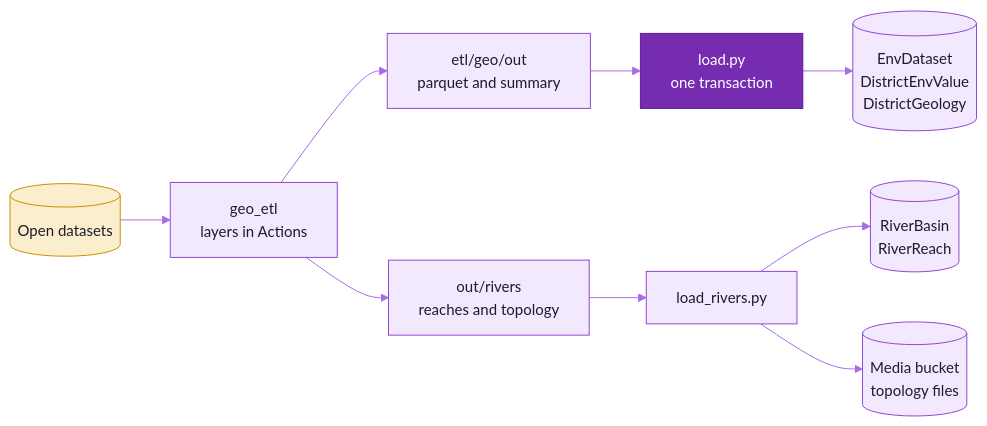
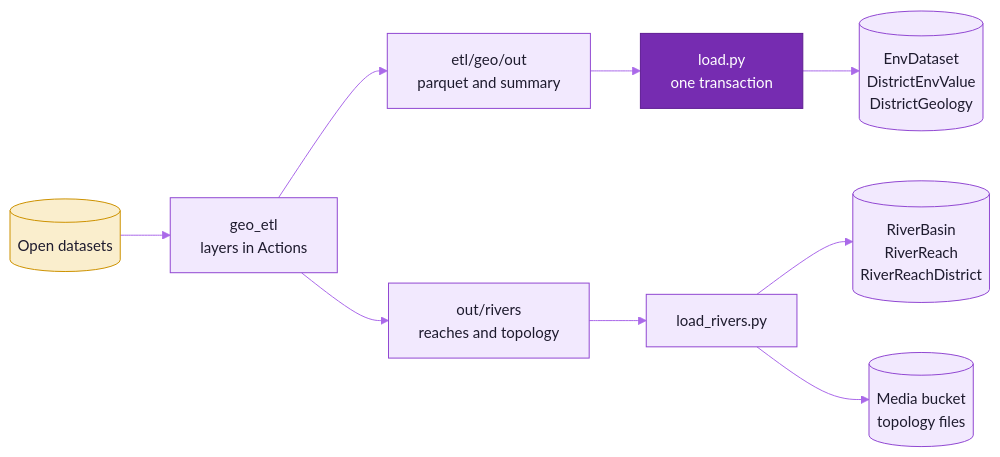
Before and after one commit to ankits1802/science-behind-craft: the diagram in docs/contracts/geo.md, drawn with Mermaid. The commit also changed other lines of this file and 164 other files, not shown here.

````diff
--- a/docs/contracts/geo.md
+++ b/docs/contracts/geo.md
@@ -11,16 +11,16 @@
 ```mermaid
 %%{init: {"theme":"base","fontFamily":"Inter, ui-sans-serif, system-ui, -apple-system, Segoe UI, Roboto, Helvetica, Arial, sans-serif","themeVariables":{"fontSize":"15px","primaryColor":"#F2E9FE","primaryTextColor":"#1E1B2E","primaryBorderColor":"#9148D2","secondaryColor":"#FAEECD","secondaryTextColor":"#1E1B2E","secondaryBorderColor":"#CD9200","tertiaryColor":"#F3F1FA","tertiaryTextColor":"#1E1B2E","tertiaryBorderColor":"#A7A3BC","mainBkg":"#F2E9FE","nodeBorder":"#9148D2","nodeTextColor":"#1E1B2E","lineColor":"#AA69E9","textColor":"#857F9E","edgeLabelBackground":"#F9F5FF","clusterBkg":"#F9F5FF","clusterBorder":"#D6B6FB","titleColor":"#762CB1"}}}%%
 flowchart LR
   OD[("Open datasets")] --> ETL["geo_etl<br/>layers in Actions"]
   ETL --> OUT["etl/geo/out<br/>parquet and summary"]
   OUT --> LD["load.py<br/>one transaction"]
   LD --> T[("EnvDataset<br/>DistrictEnvValue<br/>DistrictGeology")]
   ETL --> RV["out/rivers<br/>reaches and topology"]
   RV --> LR["load_rivers.py"]
-  LR --> RT[("RiverBasin<br/>RiverReach")]
+  LR --> RT[("RiverBasin<br/>RiverReach<br/>RiverReachDistrict")]
   LR --> S3[("Media bucket<br/>topology files")]
   classDef accent fill:#762CB1,stroke:#5F1C93,color:#FFFFFF
   classDef gold fill:#FAEECD,stroke:#CD9200,color:#1E1B2E
   class LD accent
   class OD gold
 ```
````
